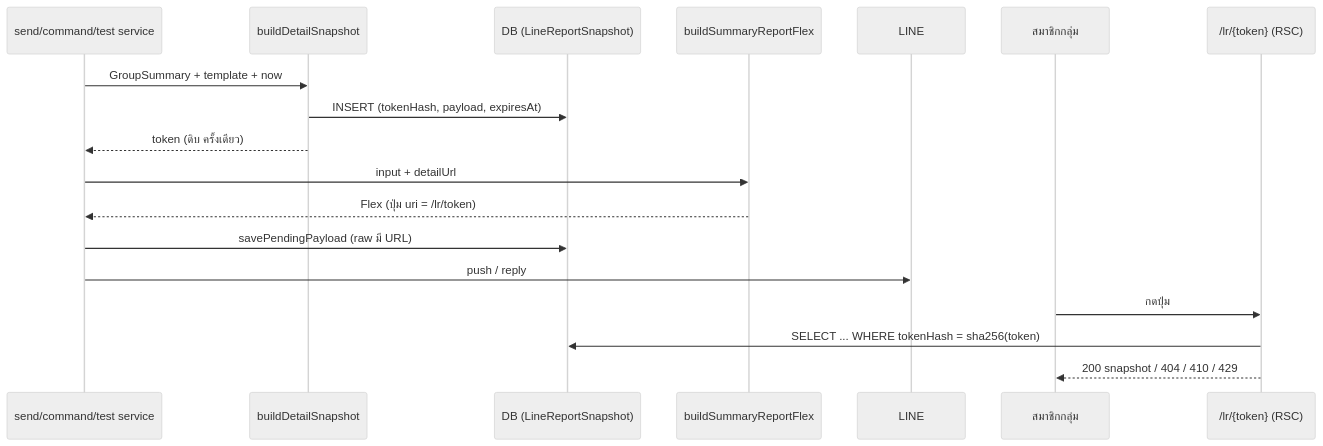
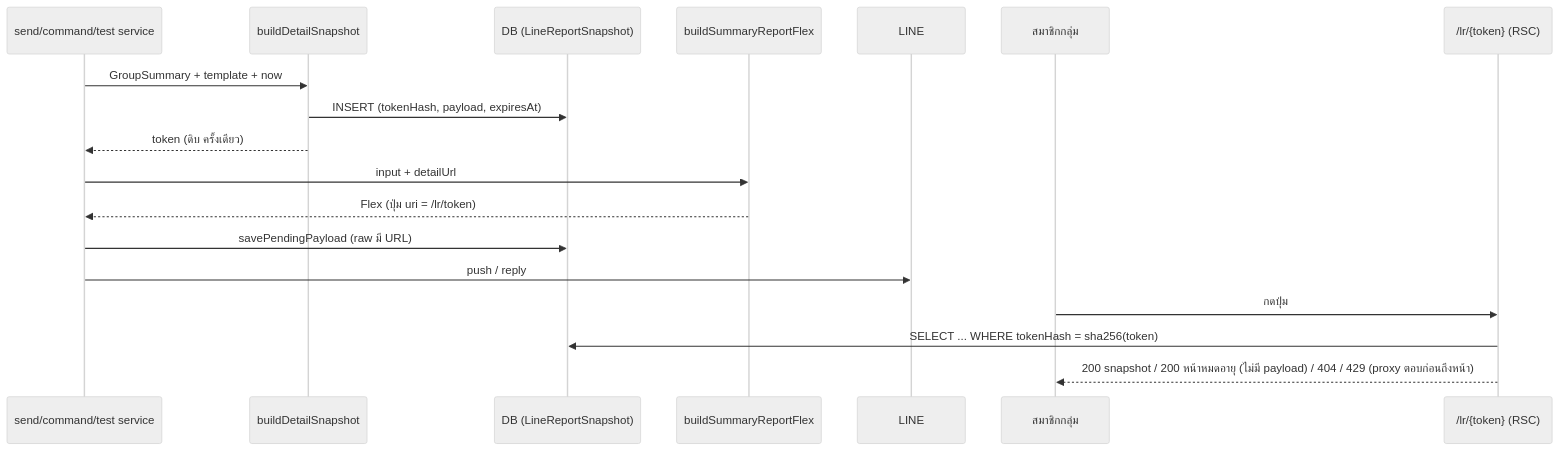
The diagram in docs/20 - Features/00070 - LINE Group Summary Report/EXTENSIONS-2026-10-14-public-detail-link.md (CodeCooLTH/deep-web), drawn with Mermaid (neutral theme) before and after one commit. The commit also changed other lines of this file and 8 other files, not shown here.

````diff
--- a/docs/20 - Features/00070 - LINE Group Summary Report/EXTENSIONS-2026-10-14-public-detail-link.md
+++ b/docs/20 - Features/00070 - LINE Group Summary Report/EXTENSIONS-2026-10-14-public-detail-link.md
@@ -349,20 +365,20 @@
 ```mermaid
 sequenceDiagram
   participant S as send/command/test service
   participant B as buildDetailSnapshot
   participant D as DB (LineReportSnapshot)
   participant F as buildSummaryReportFlex
   participant L as LINE
   participant U as สมาชิกกลุ่ม
   participant P as /lr/{token} (RSC)
   S->>B: GroupSummary + template + now
   B->>D: INSERT (tokenHash, payload, expiresAt)
   B-->>S: token (ดิบ ครั้งเดียว)
   S->>F: input + detailUrl
   F-->>S: Flex (ปุ่ม uri = /lr/token)
   S->>D: savePendingPayload (raw มี URL)
   S->>L: push / reply
   U->>P: กดปุ่ม
   P->>D: SELECT ... WHERE tokenHash = sha256(token)
-  P-->>U: 200 snapshot / 404 / 410 / 429
+  P-->>U: 200 snapshot / 200 หน้าหมดอายุ (ไม่มี payload) / 404 / 429 (proxy ตอบก่อนถึงหน้า)
 ```
````
